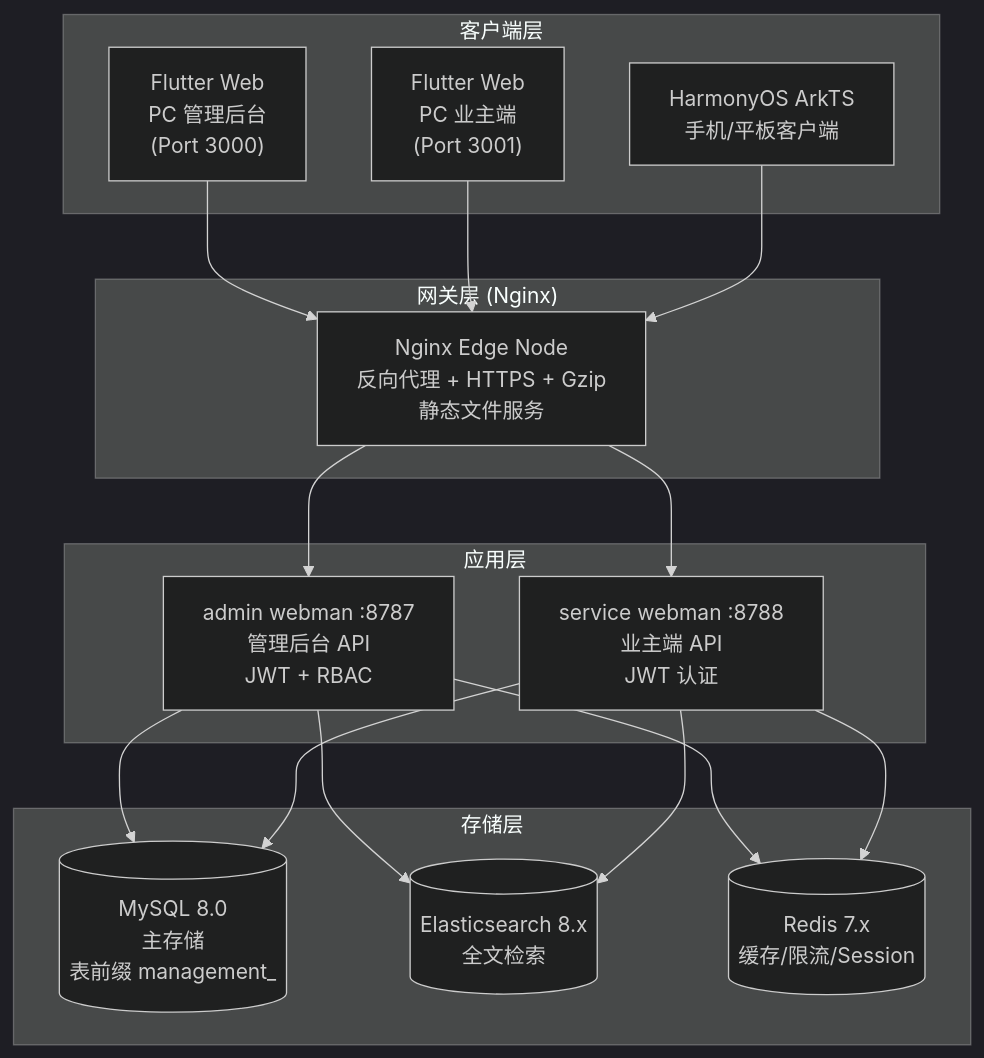
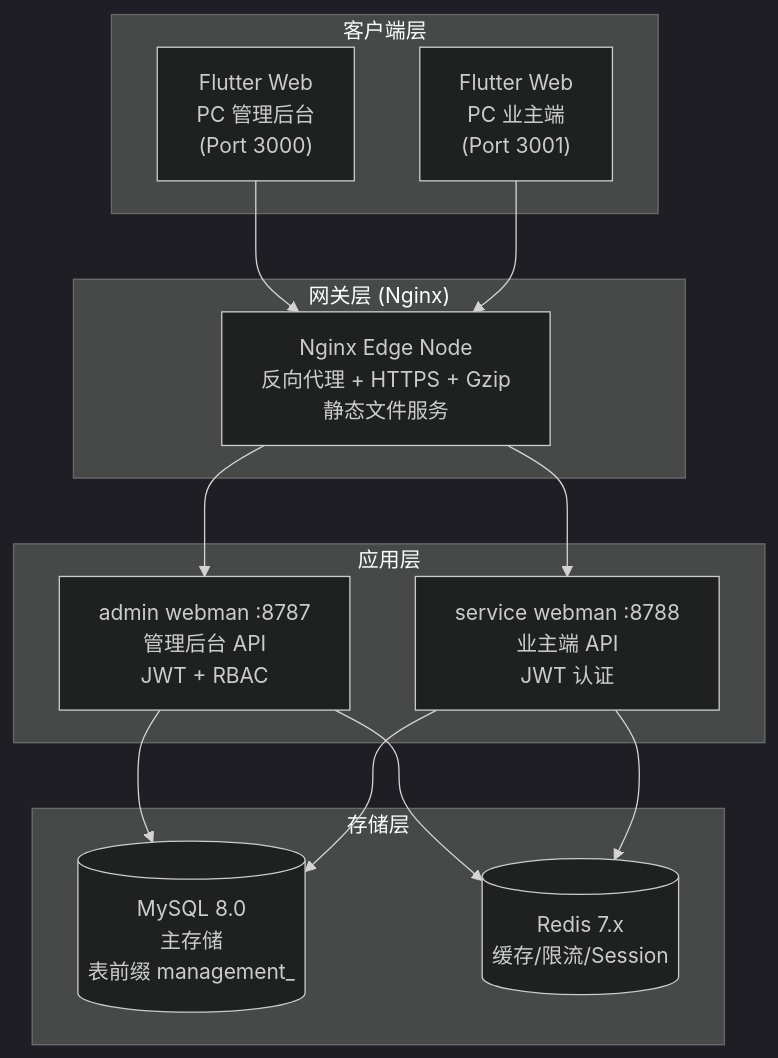
Before and after one commit to erikwang2013/property-management-platform: the first of 10 diagrams in docs/i18n/en/docs/ARCHITECTURE.md, drawn with Mermaid (dark theme). The commit also changed other lines of this file and 25 other files, not shown here.

Commit message:
文档：清理英文文档中的已移除功能与过时图示

````diff
--- a/docs/i18n/en/docs/ARCHITECTURE.md
+++ b/docs/i18n/en/docs/ARCHITECTURE.md
@@ -11,27 +11,25 @@
 ```mermaid
 flowchart TB
     subgraph "客户端层"
         A1["Flutter Web<br/>PC 管理后台<br/>(Port 3000)"]
         A2["Flutter Web<br/>PC 业主端<br/>(Port 3001)"]
-        A3["HarmonyOS ArkTS<br/>手机/平板客户端"]
     end
 
     subgraph "网关层 (Nginx)"
         B1["Nginx Edge Node<br/>反向代理 + HTTPS + Gzip<br/>静态文件服务"]
     end
 
     subgraph "应用层"
         C1["admin webman :8787<br/>管理后台 API<br/>JWT + RBAC"]
         C2["service webman :8788<br/>业主端 API<br/>JWT 认证"]
     end
 
     subgraph "存储层"
         D1[("MySQL 8.0<br/>主存储<br/>表前缀 management_")]
-        D2[("Elasticsearch 8.x<br/>全文检索")]
         D3[("Redis 7.x<br/>缓存/限流/Session")]
     end
 
-    A1 & A2 & A3 --> B1
+    A1 & A2 --> B1
     B1 --> C1 & C2
-    C1 & C2 --> D1 & D2 & D3
+    C1 & C2 --> D1 & D3
 ```
````
